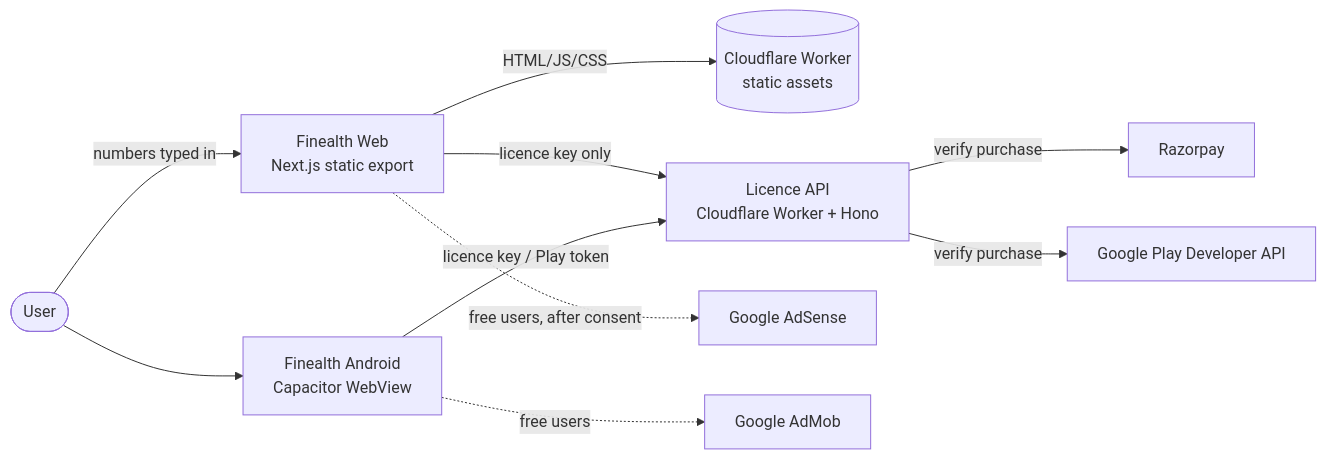
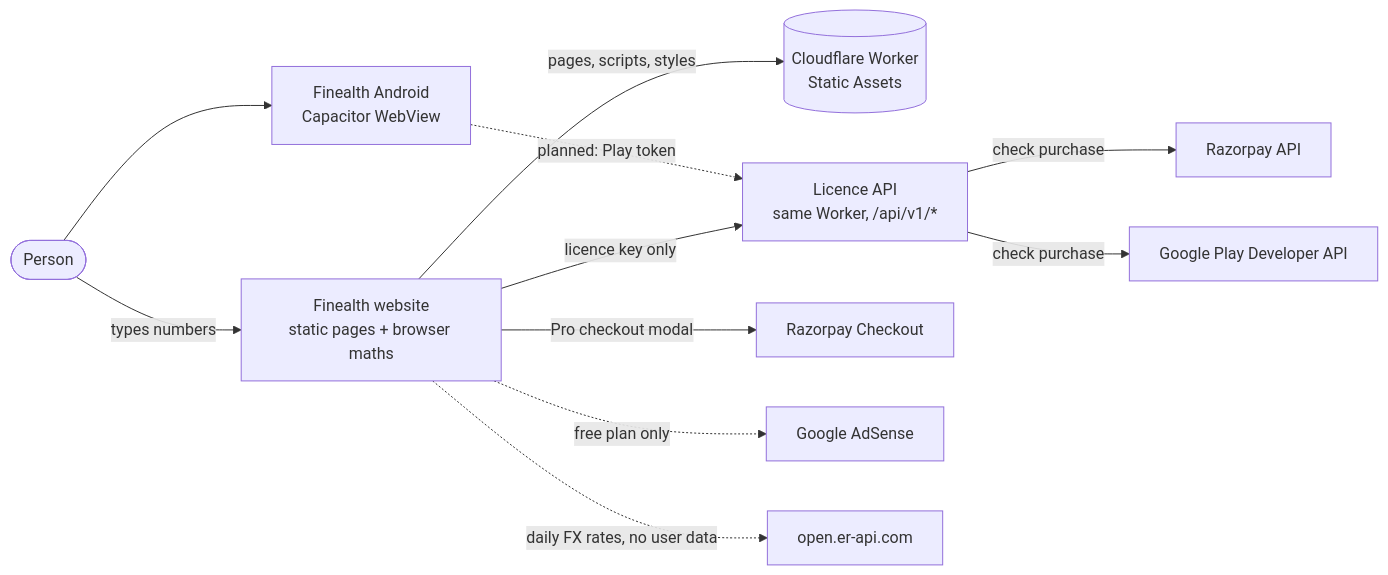
Before and after one commit to equisteg/finance-calculators: the first of 4 diagrams in docs/HLD.md, drawn with Mermaid. The commit also changed other lines of this file and 20 other files, not shown here.

First line of the commit message:
docs: HLD, LLD and User Manual v2.0 with 28 fresh screenshots; risk register rows for headers, FX call, consent and drift

````diff
--- a/docs/HLD.md
+++ b/docs/HLD.md
@@ -29,12 +41,13 @@
 ```mermaid
 flowchart LR
-  user([User]) -->|numbers typed in| web[Finealth Web\nNext.js static export]
-  user --> app[Finealth Android\nCapacitor WebView]
-  web -->|HTML/JS/CSS| cf[(Cloudflare Worker\nstatic assets)]
-  web -->|licence key only| api[Licence API\nCloudflare Worker + Hono]
-  app -->|licence key / Play token| api
-  api -->|verify purchase| rzp[Razorpay]
-  api -->|verify purchase| play[Google Play Developer API]
-  web -.->|free users, after consent| adsense[Google AdSense]
-  app -.->|free users| admob[Google AdMob]
+  user([Person]) -->|types numbers| web[Finealth website<br/>static pages + browser maths]
+  user --> app[Finealth Android<br/>Capacitor WebView]
+  web -->|pages, scripts, styles| cf[(Cloudflare Worker<br/>Static Assets)]
+  web -->|licence key only| api[Licence API<br/>same Worker, /api/v1/*]
+  app -.->|planned: Play token| api
+  api -->|check purchase| rzp[Razorpay API]
+  api -->|check purchase| play[Google Play Developer API]
+  web -->|Pro checkout modal| rzpjs[Razorpay Checkout]
+  web -.->|free plan only| adsense[Google AdSense]
+  web -.->|daily FX rates, no user data| fx[open.er-api.com]
 ```
````
